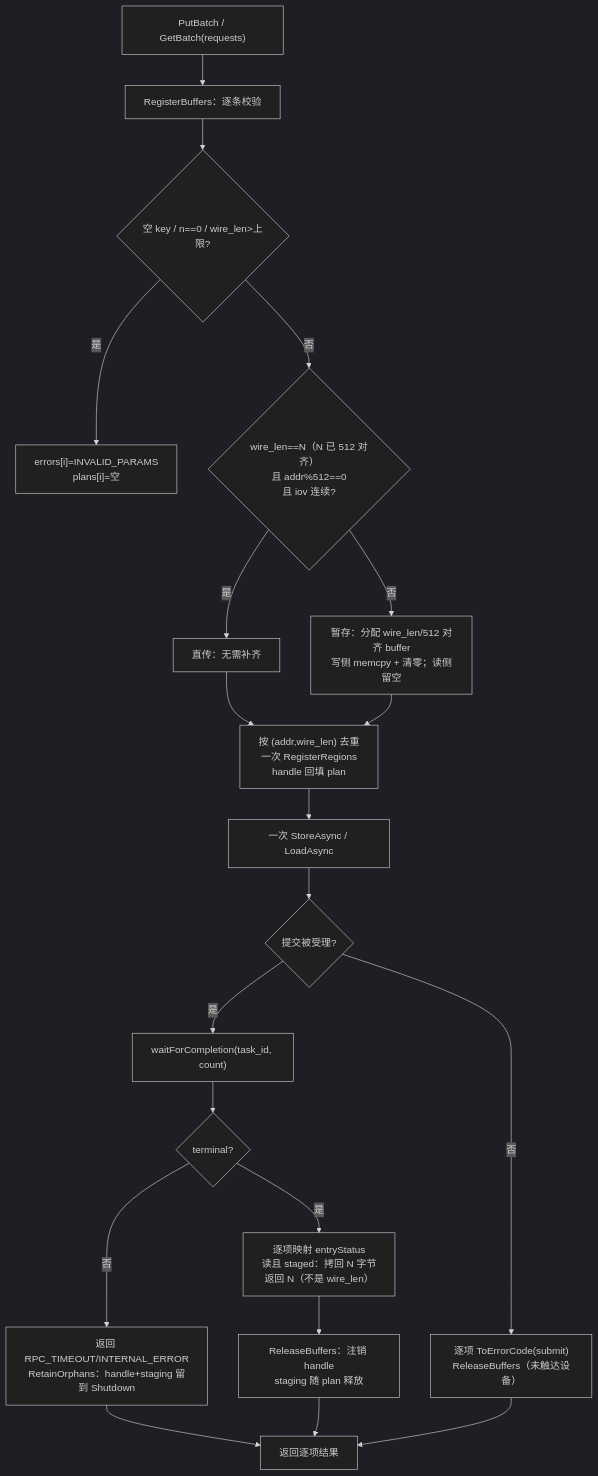
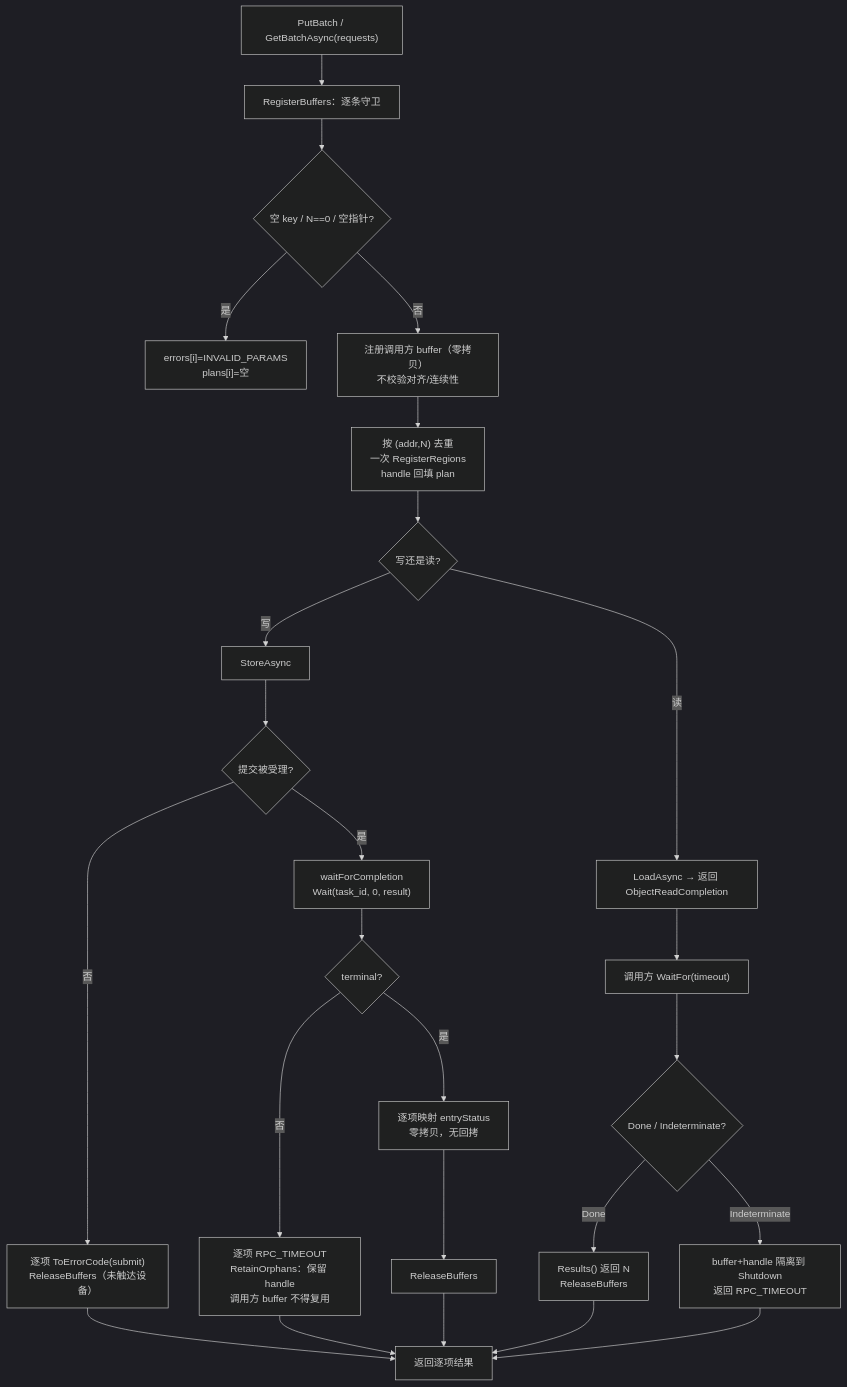
The fifth of 9 diagrams in Mooncake + KVClient L3 接入（Kvcs）- PR 实施设计.md (zwj20000328-dotcom/Mooncake-documents), drawn with Mermaid (dark theme) before and after one commit. The commit also changed other lines of this file and 3 other files, not shown here.

````diff
--- a/Mooncake + KVClient L3 接入（Kvcs）- PR 实施设计.md
+++ b/Mooncake + KVClient L3 接入（Kvcs）- PR 实施设计.md
@@ -681,22 +648,27 @@
 ```mermaid
 flowchart TB
-    A["PutBatch / GetBatch(requests)"] --> B["RegisterBuffers：逐条校验"]
-    B --> C{"空 key / n==0 / wire_len>上限?"}
+    A["PutBatch / GetBatchAsync(requests)"] --> B["RegisterBuffers：逐条守卫"]
+    B --> C{"空 key / N==0 / 空指针?"}
     C -->|是| E["errors[i]=INVALID_PARAMS<br/>plans[i]=空"]
-    C -->|否| D{"wire_len==N（N 已 512 对齐）<br/>且 addr%512==0<br/>且 iov 连续?"}
-    D -->|是| DIR["直传：无需补齐"]
-    D -->|否| STG["暂存：分配 wire_len/512 对齐 buffer<br/>写侧 memcpy + 清零；读侧留空"]
-    DIR --> REG["按 (addr,wire_len) 去重<br/>一次 RegisterRegions<br/>handle 回填 plan"]
-    STG --> REG
-    REG --> SUB["一次 StoreAsync / LoadAsync"]
-    SUB --> SUBOK{"提交被受理?"}
+    C -->|否| D["注册调用方 buffer（零拷贝）<br/>不校验对齐/连续性"]
+    D --> REG["按 (addr,N) 去重<br/>一次 RegisterRegions<br/>handle 回填 plan"]
+    REG --> SUB{"写还是读?"}
+    SUB -->|写| STORE["StoreAsync"]
+    STORE --> SUBOK{"提交被受理?"}
     SUBOK -->|否| SUBFAIL["逐项 ToErrorCode(submit)<br/>ReleaseBuffers（未触达设备）"]
-    SUBOK -->|是| WAIT["waitForCompletion(task_id, count)"]
+    SUBOK -->|是| WAIT["waitForCompletion<br/>Wait(task_id, 0, result)"]
     WAIT --> TERM{"terminal?"}
-    TERM -->|否| KEEP["返回 RPC_TIMEOUT/INTERNAL_ERROR<br/>RetainOrphans：handle+staging 留到 Shutdown"]
-    TERM -->|是| MAP["逐项映射 entryStatus<br/>读且 staged：拷回 N 字节<br/>返回 N（不是 wire_len）"]
-    MAP --> REL["ReleaseBuffers：注销 handle<br/>staging 随 plan 释放"]
+    TERM -->|否| KEEP["逐项 RPC_TIMEOUT<br/>RetainOrphans：保留 handle<br/>调用方 buffer 不得复用"]
+    TERM -->|是| MAPW["逐项映射 entryStatus<br/>零拷贝，无回拷"]
+    MAPW --> RELW["ReleaseBuffers"]
+    SUB -->|读| LOAD["LoadAsync → 返回 ObjectReadCompletion"]
+    LOAD --> OUTER["调用方 WaitFor(timeout)"]
+    OUTER --> RTERM{"Done / Indeterminate?"}
+    RTERM -->|Done| MAPR["Results() 返回 N<br/>ReleaseBuffers"]
+    RTERM -->|Indeterminate| KEEPR["buffer+handle 隔离到 Shutdown<br/>返回 RPC_TIMEOUT"]
     KEEP --> END["返回逐项结果"]
-    REL --> END
+    KEEPR --> END
+    RELW --> END
+    MAPR --> END
     SUBFAIL --> END
 ```
````
